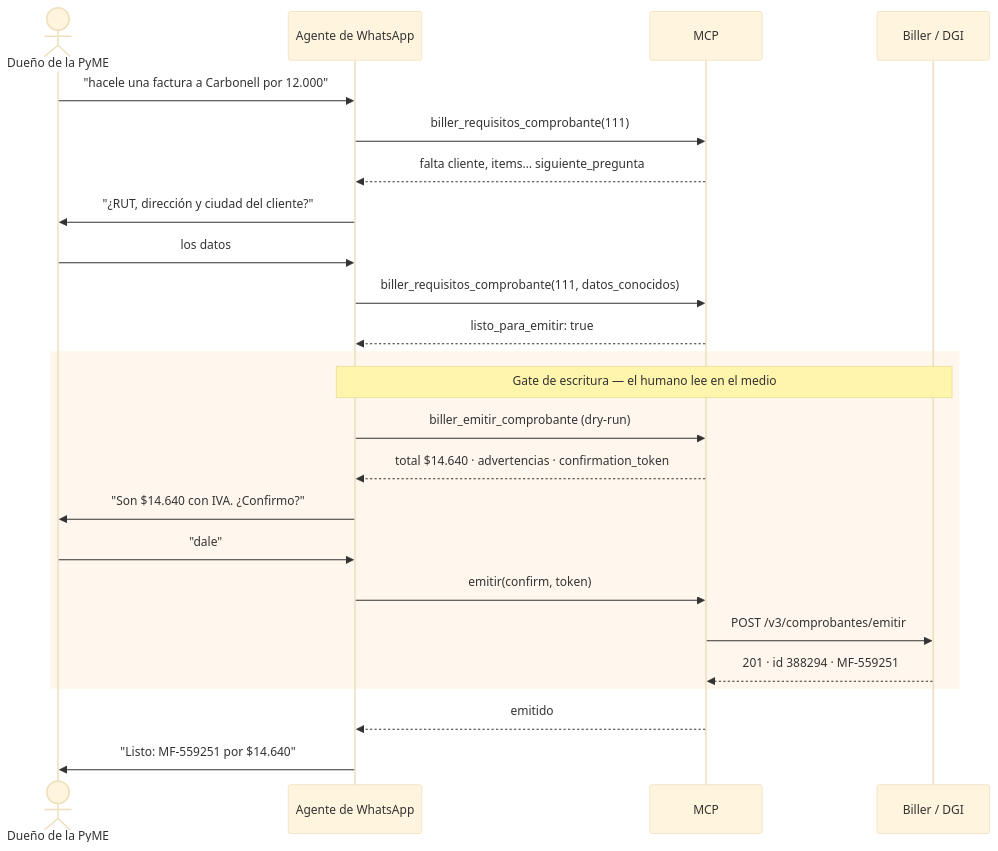
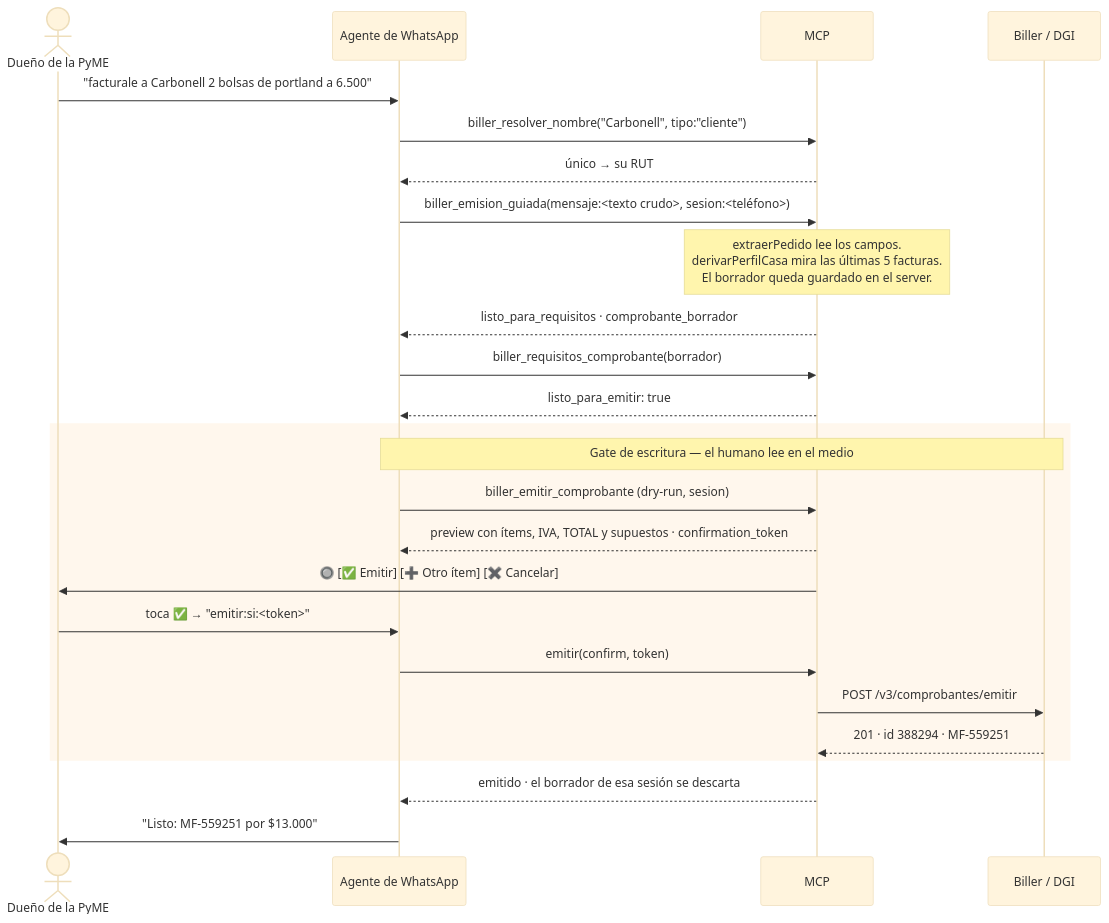
One commit to MateoFabregat/MCP_Biller changed the fourth of 7 diagrams in docs/ARQUITECTURA.md. Above: the diagram before and after it, drawn with Mermaid (base theme). The commit also changed other lines of this file and 5 other files, not shown here.

````diff
--- a/docs/ARQUITECTURA.md
+++ b/docs/ARQUITECTURA.md
@@ -187,29 +296,30 @@
 ```mermaid
 sequenceDiagram
     actor U as Dueño de la PyME
     participant K as Agente de WhatsApp
     participant M as MCP
     participant B as Biller / DGI
 
-    U->>K: "hacele una factura a Carbonell por 12.000"
-    K->>M: biller_requisitos_comprobante(111)
-    M-->>K: falta cliente, items… siguiente_pregunta
-    K->>U: "¿RUT, dirección y ciudad del cliente?"
-    U->>K: los datos
-    K->>M: biller_requisitos_comprobante(111, datos_conocidos)
+    U->>K: "facturale a Carbonell 2 bolsas de portland a 6.500"
+    K->>M: biller_resolver_nombre("Carbonell", tipo:"cliente")
+    M-->>K: único → su RUT
+    K->>M: biller_emision_guiada(mensaje:<texto crudo>, sesion:<teléfono>)
+    Note over M: extraerPedido lee los campos.<br/>derivarPerfilCasa mira las últimas 5 facturas.<br/>El borrador queda guardado en el server.
+    M-->>K: listo_para_requisitos · comprobante_borrador
+    K->>M: biller_requisitos_comprobante(borrador)
     M-->>K: listo_para_emitir: true
 
     rect rgb(255, 247, 237)
     Note over K,B: Gate de escritura — el humano lee en el medio
-    K->>M: biller_emitir_comprobante (dry-run)
-    M-->>K: total $14.640 · advertencias · confirmation_token
-    K->>U: "Son $14.640 con IVA. ¿Confirmo?"
-    U->>K: "dale"
+    K->>M: biller_emitir_comprobante (dry-run, sesion)
+    M-->>K: preview con ítems, IVA, TOTAL y supuestos · confirmation_token
+    M->>U: 🔘 [✅ Emitir] [➕ Otro ítem] [✖️ Cancelar]
+    U->>K: toca ✅ → "emitir:si:<token>"
     K->>M: emitir(confirm, token)
     M->>B: POST /v3/comprobantes/emitir
     B-->>M: 201 · id 388294 · MF-559251
     end
 
-    M-->>K: emitido
-    K->>U: "Listo: MF-559251 por $14.640"
+    M-->>K: emitido · el borrador de esa sesión se descarta
+    K->>U: "Listo: MF-559251 por $13.000"
 ```
````
